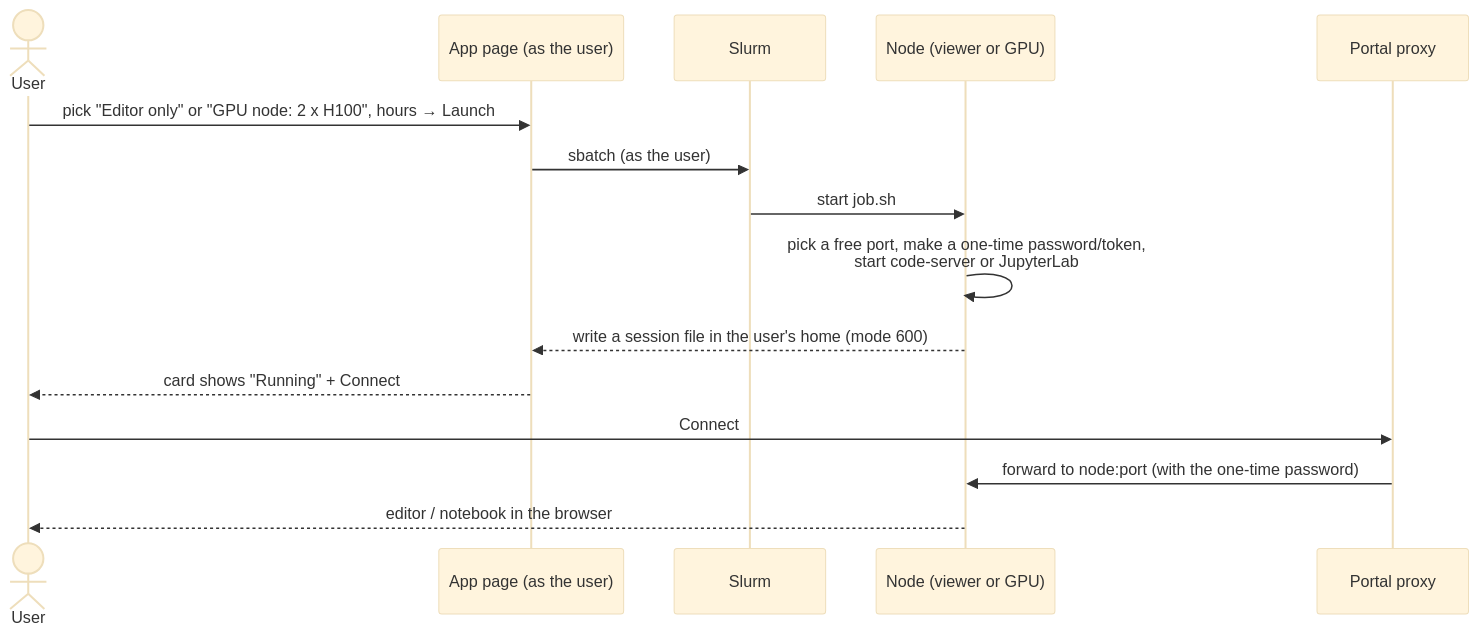
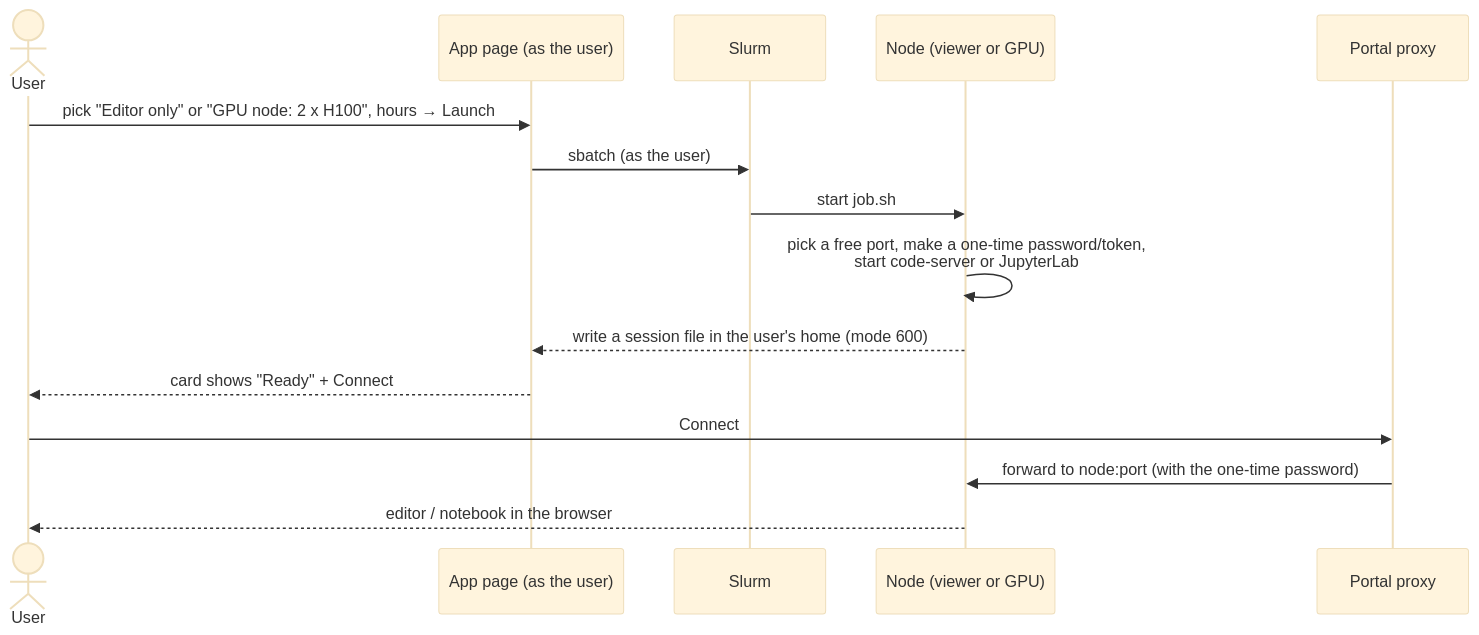
One commit to Ankush610/AI-Factory-Docs changed the diagram in docs/how-it-works/07-vscode-and-jupyter.md. Above: the diagram before and after it, drawn with Mermaid (base theme). The commit also changed other lines of this file and 51 other files, not shown here.

````diff
--- a/docs/how-it-works/07-vscode-and-jupyter.md
+++ b/docs/how-it-works/07-vscode-and-jupyter.md
@@ -19,18 +19,18 @@
 ```mermaid
 sequenceDiagram
     actor U as User
     participant P as App page (as the user)
     participant S as Slurm
     participant N as Node (viewer or GPU)
     participant PX as Portal proxy
 
     U->>P: pick "Editor only" or "GPU node: 2 x H100", hours → Launch
     P->>S: sbatch (as the user)
     S->>N: start job.sh
     N->>N: pick a free port, make a one-time password/token,<br/>start code-server or JupyterLab
     N-->>P: write a session file in the user's home (mode 600)
-    P-->>U: card shows "Running" + Connect
+    P-->>U: card shows "Ready" + Connect
     U->>PX: Connect
     PX->>N: forward to node:port (with the one-time password)
     N-->>U: editor / notebook in the browser
 ```
````
